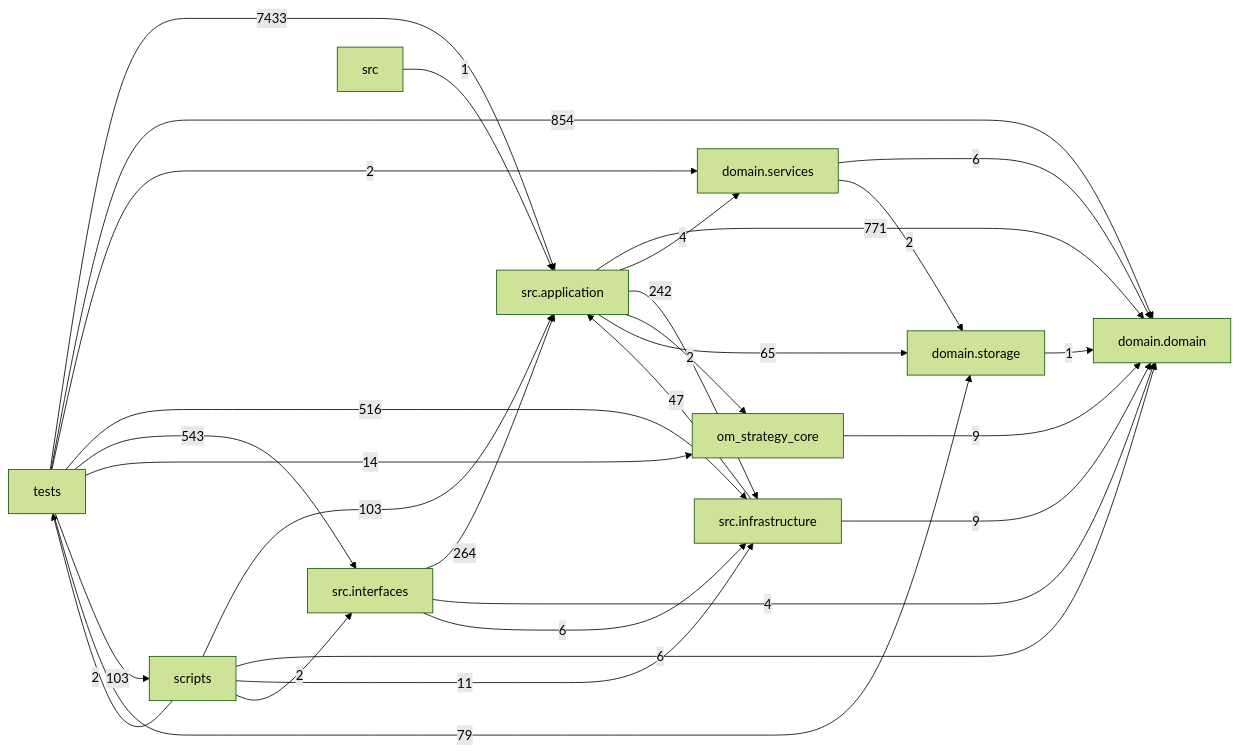
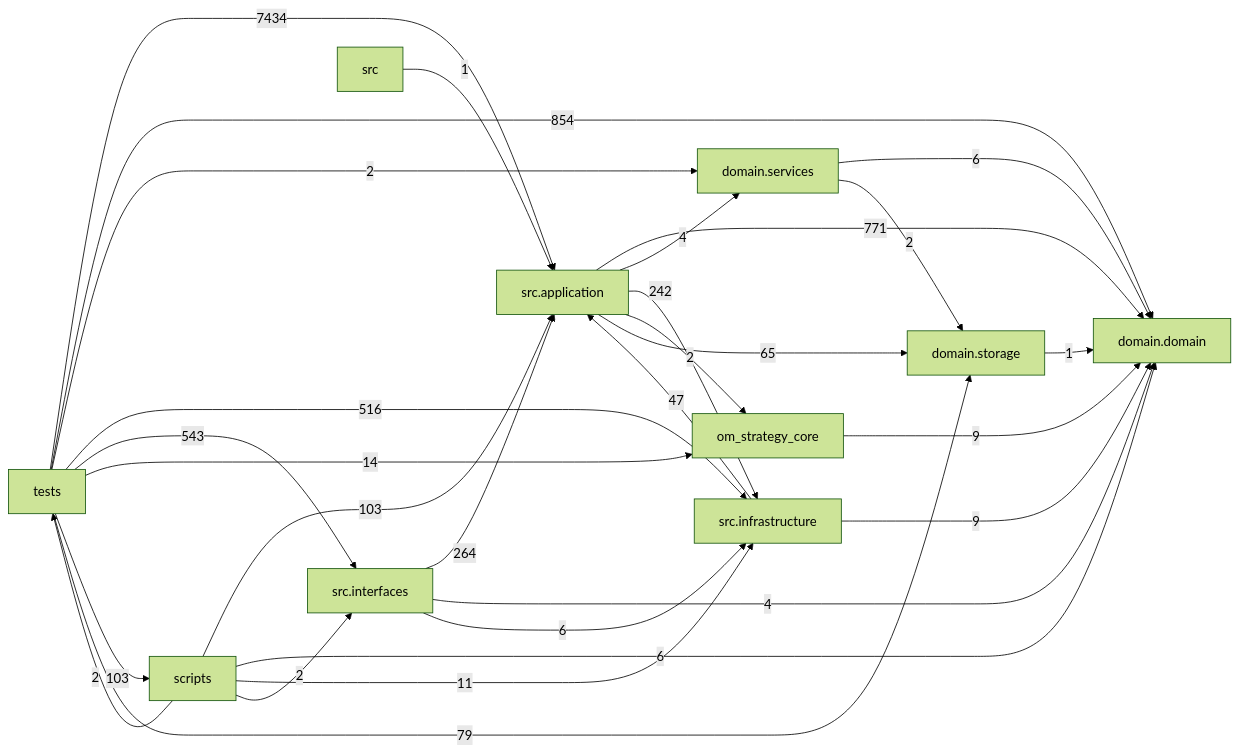
One commit to liuxie066/options-monitor changed the diagram in docs/DEPENDENCY_GRAPH.md. Above: the diagram before and after it, drawn with Mermaid (forest theme). The commit also changed other lines of this file and 12 other files, not shown here.

````diff
--- a/docs/DEPENDENCY_GRAPH.md
+++ b/docs/DEPENDENCY_GRAPH.md
@@ -24,39 +24,39 @@
 ```mermaid
 flowchart LR
   tests["tests"]
   scripts["scripts"]
   interfaces["src.interfaces"]
   application["src.application"]
   infrastructure["src.infrastructure"]
   domain_services["domain.services"]
   domain["domain.domain"]
   storage["domain.storage"]
   application -->|771| domain
   application -->|4| domain_services
   application -->|242| infrastructure
   application -->|2| om_strategy_core
   application -->|65| storage
   domain_services -->|6| domain
   domain_services -->|2| storage
   infrastructure -->|47| application
   infrastructure -->|9| domain
   interfaces -->|264| application
   interfaces -->|4| domain
   interfaces -->|6| infrastructure
   om_strategy_core -->|9| domain
   scripts -->|103| application
   scripts -->|6| domain
   scripts -->|11| infrastructure
   scripts -->|2| interfaces
   scripts -->|2| tests
   src -->|1| application
   storage -->|1| domain
-  tests -->|7433| application
+  tests -->|7434| application
   tests -->|854| domain
   tests -->|2| domain_services
   tests -->|516| infrastructure
   tests -->|543| interfaces
   tests -->|14| om_strategy_core
   tests -->|103| scripts
   tests -->|79| storage
 ```
````
